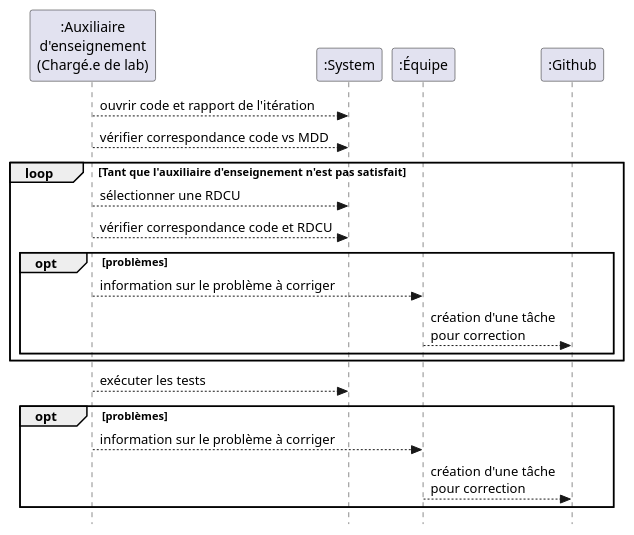
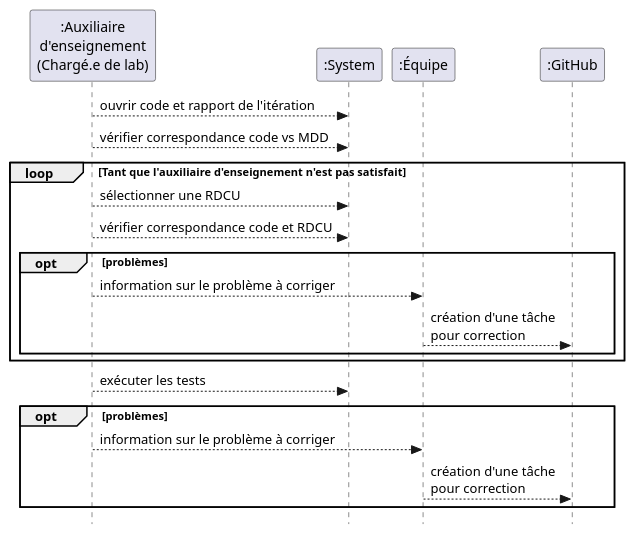
One commit to profcfuhrmanets/log210-enonce-lab1 changed the fourth of 6 diagrams in README.puml. Above: the diagram before and after it, drawn with PlantUML. The commit also changed other lines of this file and 5 other files, not shown here.

Commit message:
Normaliser GitHub

```diff
--- a/README.puml
+++ b/README.puml
@@ -95,25 +95,25 @@
 @startuml dss-evaluation-implementation
 skinparam style strictuml
 participant ":Auxiliaire\nd'enseignement\n(Chargé.e de lab)" as C
 participant ":System" as S
 participant ":Équipe" as E
-participant ":Github" as G
+participant ":GitHub" as G
 
 C --> S: ouvrir code et rapport de l'itération
 C --> S: vérifier correspondance code vs MDD
 loop Tant que l'auxiliaire d'enseignement n'est pas satisfait
     C --> S: sélectionner une RDCU
     C --> S: vérifier correspondance code et RDCU
     opt problèmes
         C --> E : information sur le problème à corriger
         E --> G: création d'une tâche\npour correction
     end
 end
 
 C -->S: exécuter les tests
 opt problèmes
     C --> E : information sur le problème à corriger
     E --> G: création d'une tâche\npour correction
 end
 
 @enduml
```
